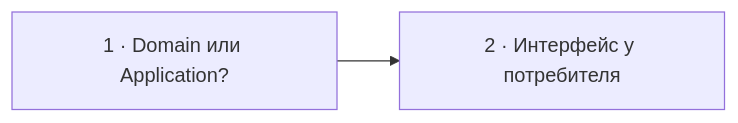
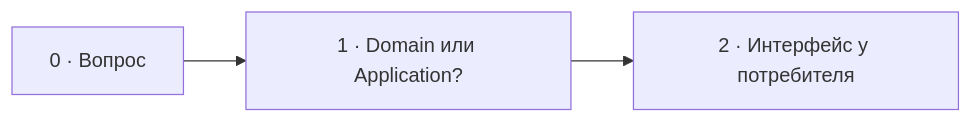
The diagram in episodes/841862-1payment/visual-plans/24-repository-interface-location.md (savinmikhail/php-backend-interview-video), drawn with Mermaid before and after one commit. The commit also changed other lines of this file and 4 other files, not shown here.

````diff
--- a/episodes/841862-1payment/visual-plans/24-repository-interface-location.md
+++ b/episodes/841862-1payment/visual-plans/24-repository-interface-location.md
@@ -38,4 +39,4 @@
 ```mermaid
 flowchart LR
-  Q["1 · Domain или Application?"] --> O["2 · Интерфейс у потребителя"]
+  Q["0 · Вопрос"] --> A["1 · Domain или Application?"] --> O["2 · Интерфейс у потребителя"]
 ```
````
